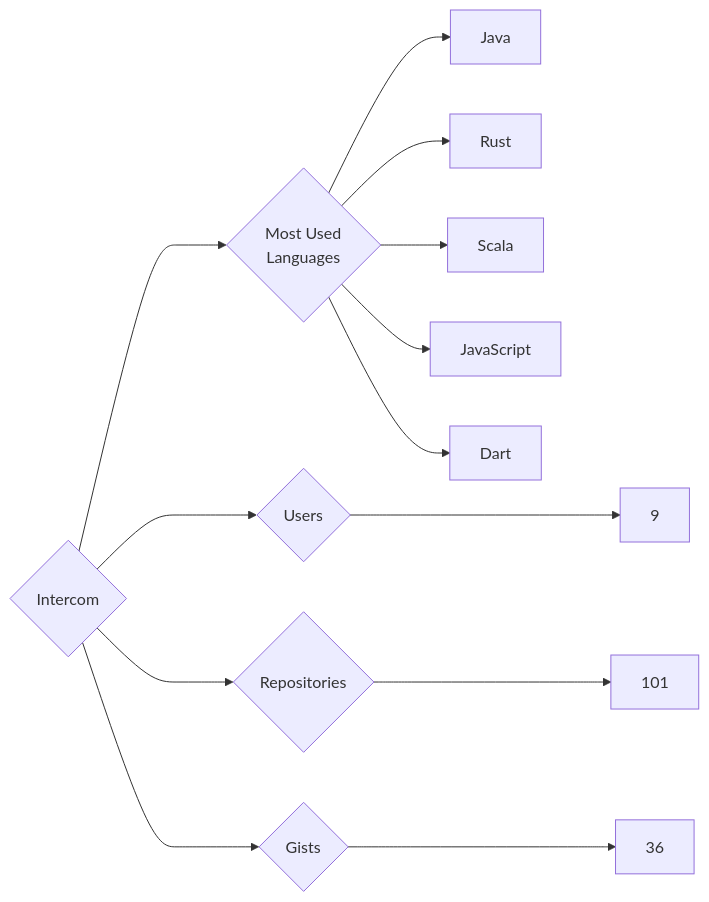
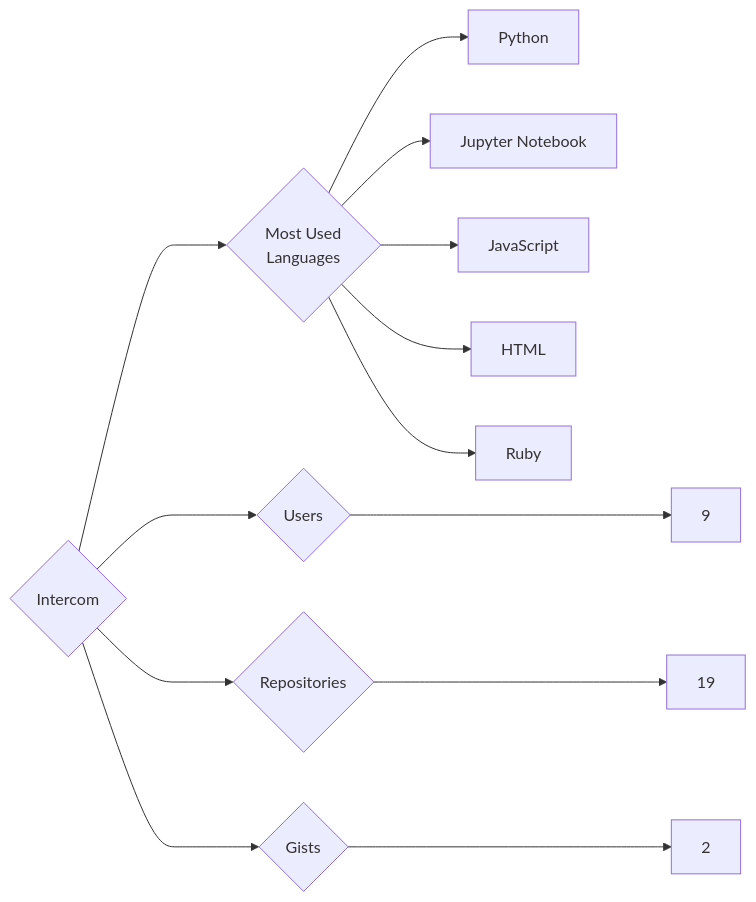
The diagram in targets/Intercom/README.md (trickest/insiders), drawn with Mermaid before and after one commit. The commit also changed 857 other files, not shown here.

````diff
--- a/targets/Intercom/README.md
+++ b/targets/Intercom/README.md
@@ -3,13 +3,13 @@
 ```mermaid
 graph LR
 COMPANY_NAME{Intercom}
 COMPANY_NAME ---> U{Users} ---> UN[9]
-COMPANY_NAME ---> R{Repositories} ---> RN[101]
-COMPANY_NAME ---> G{Gists} ---> GN[36]
+COMPANY_NAME ---> R{Repositories} ---> RN[19]
+COMPANY_NAME ---> G{Gists} ---> GN[2]
 COMPANY_NAME ---> ML{Most Used<br>Languages}
-ML --> Java[Java]
-ML --> Rust[Rust]
-ML --> Scala[Scala]
+ML --> Python[Python]
+ML --> Jupyter_Notebook[Jupyter Notebook]
 ML --> JavaScript[JavaScript]
-ML --> Dart[Dart]
+ML --> HTML[HTML]
+ML --> Ruby[Ruby]
 ```
````
